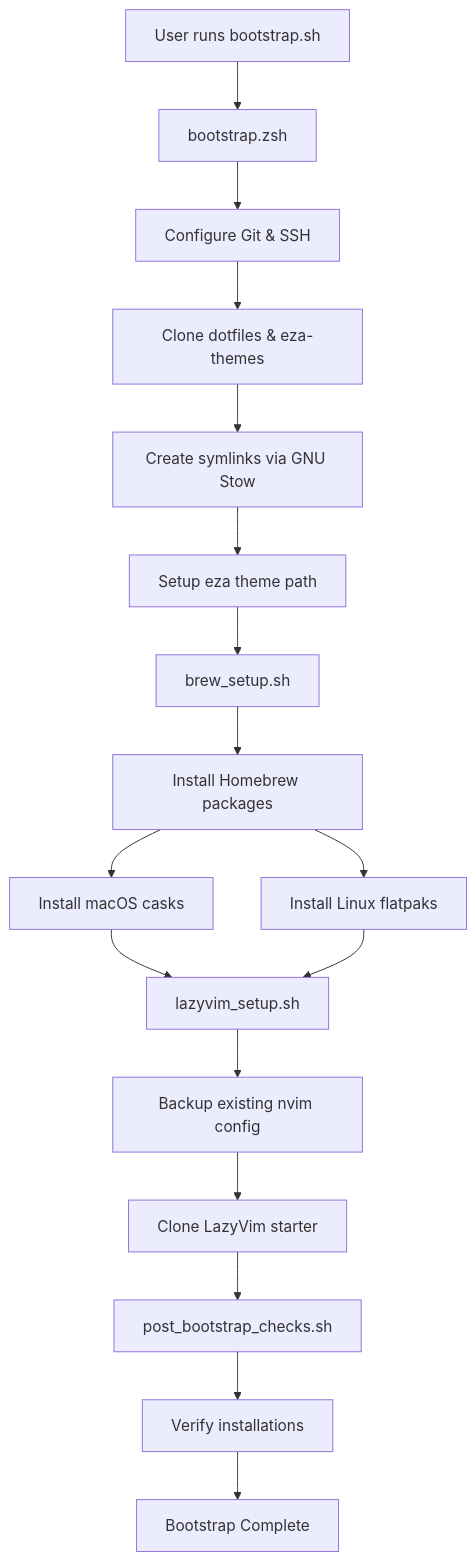
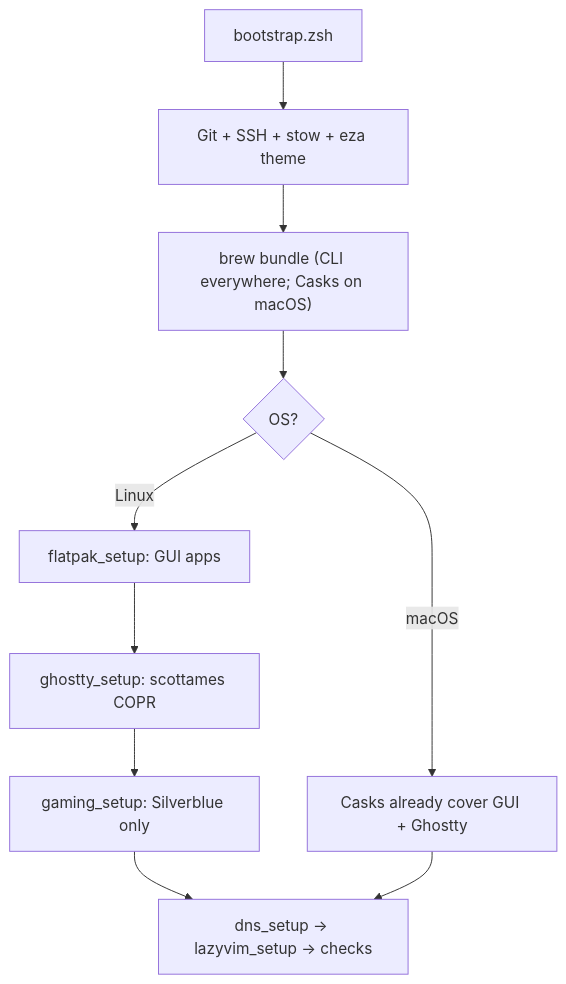
One commit to bourbonfgiles/dotfiles changed the diagram in readme.md. Above: the diagram before and after it, drawn with Mermaid. The commit also changed other lines of this file and 12 other files, not shown here.

````diff
--- a/readme.md
+++ b/readme.md
@@ -63,19 +49,12 @@
 ```mermaid
 flowchart TD
-    A[User runs bootstrap.sh] --> B[bootstrap.zsh]
-    B --> C[Configure Git & SSH]
-    C --> D[Clone dotfiles & eza-themes]
-    D --> E[Create symlinks via GNU Stow]
-    E --> F[Setup eza theme path]
-    F --> G[brew_setup.sh]
-    G --> H[Install Homebrew packages]
-    H --> I[Install macOS casks]
-    H --> J[Install Linux flatpaks]
-    I --> K[lazyvim_setup.sh]
-    J --> K
-    K --> L[Backup existing nvim config]
-    L --> M[Clone LazyVim starter]
-    M --> N[post_bootstrap_checks.sh]
-    N --> O[Verify installations]
-    O --> P[Bootstrap Complete]
+  A[bootstrap.zsh] --> B[Git + SSH + stow + eza theme]
+  B --> C["brew bundle (CLI everywhere; Casks on macOS)"]
+  C --> D{OS?}
+  D -->|Linux| E[flatpak_setup: GUI apps]
+  E --> F[ghostty_setup: scottames COPR]
+  F --> G[gaming_setup: Silverblue only]
+  D -->|macOS| H[Casks already cover GUI + Ghostty]
+  G --> I[dns_setup → lazyvim_setup → checks]
+  H --> I
 ```
````
